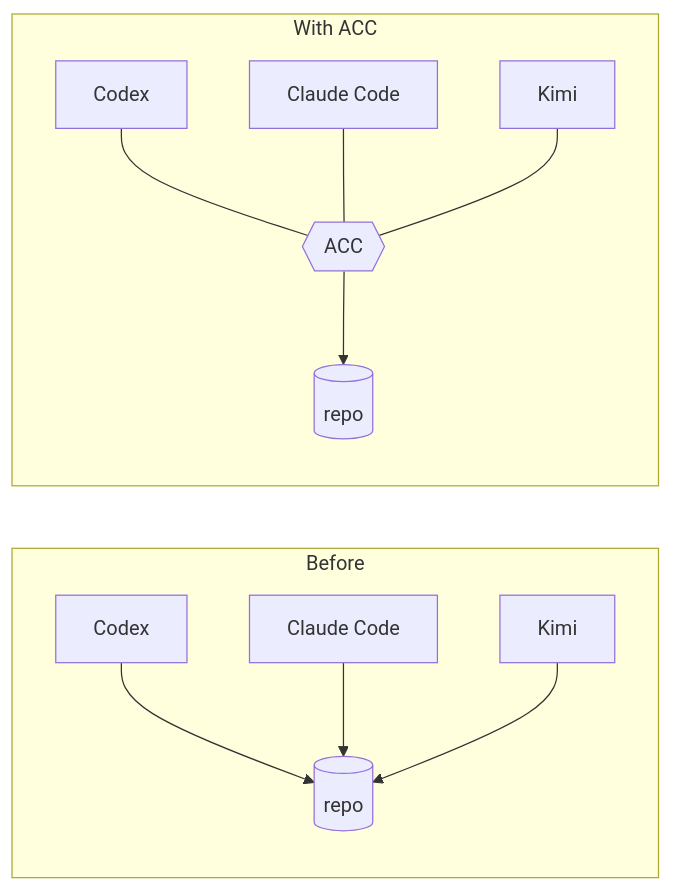
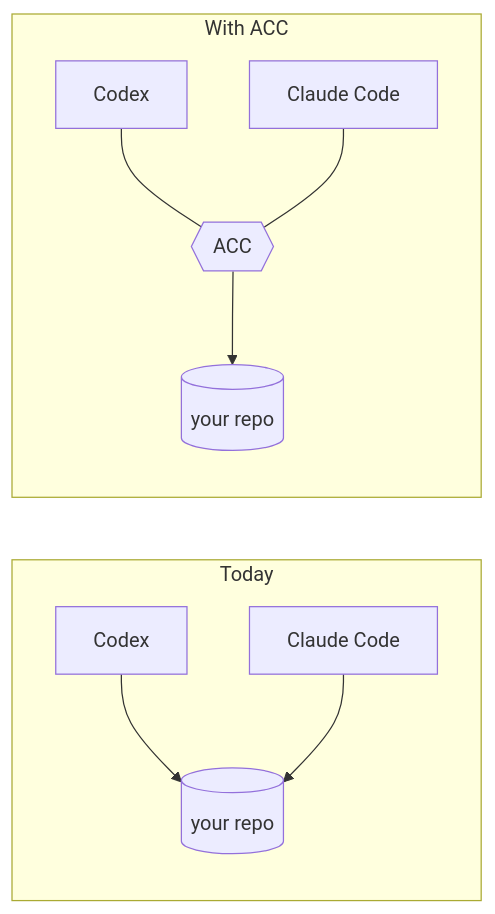
The first of 2 diagrams in README.md (automatis-tools/agents-can-communicate), drawn with Mermaid before and after one commit. The commit also changed other lines of this file, not shown here.

````diff
--- a/README.md
+++ b/README.md
@@ -10,14 +25,12 @@
 ```mermaid
 graph LR
-  subgraph Before
-    A1[Codex] --> R1[(repo)]
+  subgraph "Today"
+    A1[Codex] --> R1[(your repo)]
     B1[Claude Code] --> R1
-    C1[Kimi] --> R1
   end
-  subgraph With ACC
+  subgraph "With ACC"
     A2[Codex] --- ACC{{ACC}}
     B2[Claude Code] --- ACC
-    C2[Kimi] --- ACC
-    ACC --> R2[(repo)]
+    ACC --> R2[(your repo)]
   end
 ```
````
